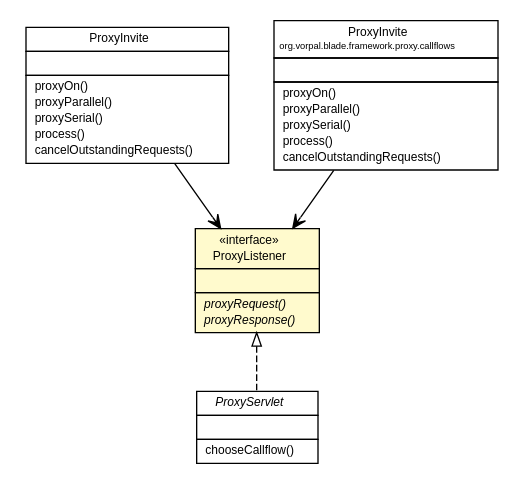
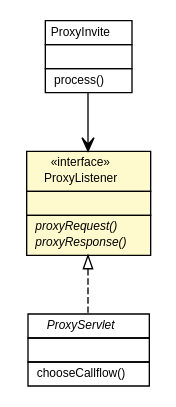
One commit to vorpalnet/vorpalnet.github.io changed the diagram in blade/vorpal-blade-library-framework/org/vorpal/blade/framework/proxy/ProxyListener.dot. Above: the diagram before and after it, drawn with Graphviz. The commit also changed 1096 other files, not shown here.

```diff
--- a/blade/vorpal-blade-library-framework/org/vorpal/blade/framework/proxy/ProxyListener.dot
+++ b/blade/vorpal-blade-library-framework/org/vorpal/blade/framework/proxy/ProxyListener.dot
@@ -1,77 +1,54 @@
 #!/usr/local/bin/dot
 #
 # Class diagram 
 # Generated by UMLGraph version 5.2 (http://www.umlgraph.org/)
 #
 
 digraph G {
 	edge [fontname="Helvetica",fontsize=10,labelfontname="Helvetica",labelfontsize=10];
 	node [fontname="Helvetica",fontsize=10,shape=plaintext];
 	nodesep=0.25;
 	ranksep=0.5;
 	// org.vorpal.blade.framework.proxy.ProxyServlet
-	c2239 [label=<<table title="org.vorpal.blade.framework.proxy.ProxyServlet" border="0" cellborder="1" cellspacing="0" cellpadding="2" port="p" href="./ProxyServlet.html">
+	c4717 [label=<<table title="org.vorpal.blade.framework.proxy.ProxyServlet" border="0" cellborder="1" cellspacing="0" cellpadding="2" port="p" href="./ProxyServlet.html">
 		<tr><td><table border="0" cellspacing="0" cellpadding="1">
 <tr><td align="center" balign="center"><font face="Helvetica-Oblique"> ProxyServlet </font></td></tr>
 		</table></td></tr>
 		<tr><td><table border="0" cellspacing="0" cellpadding="1">
 <tr><td align="left" balign="left">  </td></tr>
 		</table></td></tr>
 		<tr><td><table border="0" cellspacing="0" cellpadding="1">
 <tr><td align="left" balign="left">  chooseCallflow() </td></tr>
 		</table></td></tr>
 		</table>>, fontname="Helvetica", fontcolor="black", fontsize=9.0];
 	// org.vorpal.blade.framework.proxy.ProxyListener
-	c2243 [label=<<table title="org.vorpal.blade.framework.proxy.ProxyListener" border="0" cellborder="1" cellspacing="0" cellpadding="2" port="p" bgcolor="lemonChiffon" href="./ProxyListener.html">
+	c4719 [label=<<table title="org.vorpal.blade.framework.proxy.ProxyListener" border="0" cellborder="1" cellspacing="0" cellpadding="2" port="p" bgcolor="lemonChiffon" href="./ProxyListener.html">
 		<tr><td><table border="0" cellspacing="0" cellpadding="1">
 <tr><td align="center" balign="center"> &#171;interface&#187; </td></tr>
 <tr><td align="center" balign="center"> ProxyListener </td></tr>
 		</table></td></tr>
 		<tr><td><table border="0" cellspacing="0" cellpadding="1">
 <tr><td align="left" balign="left">  </td></tr>
 		</table></td></tr>
 		<tr><td><table border="0" cellspacing="0" cellpadding="1">
 <tr><td align="left" balign="left"><font face="Helvetica-Oblique" point-size="9.0">  proxyRequest() </font></td></tr>
 <tr><td align="left" balign="left"><font face="Helvetica-Oblique" point-size="9.0">  proxyResponse() </font></td></tr>
 		</table></td></tr>
 		</table>>, fontname="Helvetica", fontcolor="black", fontsize=9.0];
 	// org.vorpal.blade.framework.proxy.ProxyInvite
-	c2244 [label=<<table title="org.vorpal.blade.framework.proxy.ProxyInvite" border="0" cellborder="1" cellspacing="0" cellpadding="2" port="p" href="./ProxyInvite.html">
+	c4720 [label=<<table title="org.vorpal.blade.framework.proxy.ProxyInvite" border="0" cellborder="1" cellspacing="0" cellpadding="2" port="p" href="./ProxyInvite.html">
 		<tr><td><table border="0" cellspacing="0" cellpadding="1">
 <tr><td align="center" balign="center"> ProxyInvite </td></tr>
 		</table></td></tr>
 		<tr><td><table border="0" cellspacing="0" cellpadding="1">
 <tr><td align="left" balign="left">  </td></tr>
 		</table></td></tr>
 		<tr><td><table border="0" cellspacing="0" cellpadding="1">
-<tr><td align="left" balign="left">  proxyOn() </td></tr>
-<tr><td align="left" balign="left">  proxyParallel() </td></tr>
-<tr><td align="left" balign="left">  proxySerial() </td></tr>
 <tr><td align="left" balign="left">  process() </td></tr>
-<tr><td align="left" balign="left">  cancelOutstandingRequests() </td></tr>
-		</table></td></tr>
-		</table>>, fontname="Helvetica", fontcolor="black", fontsize=9.0];
-	// org.vorpal.blade.framework.proxy.callflows.ProxyInvite
-	c2249 [label=<<table title="org.vorpal.blade.framework.proxy.callflows.ProxyInvite" border="0" cellborder="1" cellspacing="0" cellpadding="2" port="p" href="./callflows/ProxyInvite.html">
-		<tr><td><table border="0" cellspacing="0" cellpadding="1">
-<tr><td align="center" balign="center"> ProxyInvite </td></tr>
-<tr><td align="center" balign="center"><font point-size="7.0"> org.vorpal.blade.framework.proxy.callflows </font></td></tr>
-		</table></td></tr>
-		<tr><td><table border="0" cellspacing="0" cellpadding="1">
-<tr><td align="left" balign="left">  </td></tr>
-		</table></td></tr>
-		<tr><td><table border="0" cellspacing="0" cellpadding="1">
-<tr><td align="left" balign="left">  proxyOn() </td></tr>
-<tr><td align="left" balign="left">  proxyParallel() </td></tr>
-<tr><td align="left" balign="left">  proxySerial() </td></tr>
-<tr><td align="left" balign="left">  process() </td></tr>
-<tr><td align="left" balign="left">  cancelOutstandingRequests() </td></tr>
 		</table></td></tr>
 		</table>>, fontname="Helvetica", fontcolor="black", fontsize=9.0];
 	//org.vorpal.blade.framework.proxy.ProxyServlet implements org.vorpal.blade.framework.proxy.ProxyListener
-	c2243:p -> c2239:p [dir=back,arrowtail=empty,style=dashed];
+	c4719:p -> c4717:p [dir=back,arrowtail=empty,style=dashed];
 	// org.vorpal.blade.framework.proxy.ProxyInvite NAVASSOC org.vorpal.blade.framework.proxy.ProxyListener
-	c2244:p -> c2243:p [taillabel="", label="", headlabel="", fontname="Helvetica", fontcolor="black", fontsize=10.0, color="black", arrowhead=open];
-	// org.vorpal.blade.framework.proxy.callflows.ProxyInvite NAVASSOC org.vorpal.blade.framework.proxy.ProxyListener
-	c2249:p -> c2243:p [taillabel="", label="", headlabel="", fontname="Helvetica", fontcolor="black", fontsize=10.0, color="black", arrowhead=open];
+	c4720:p -> c4719:p [taillabel="", label="", headlabel="", fontname="Helvetica", fontcolor="black", fontsize=10.0, color="black", arrowhead=open];
 }
```
